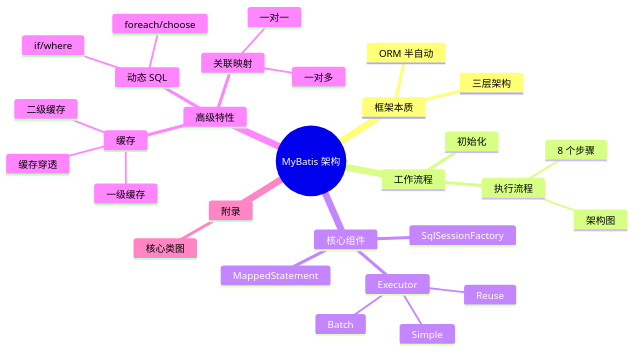
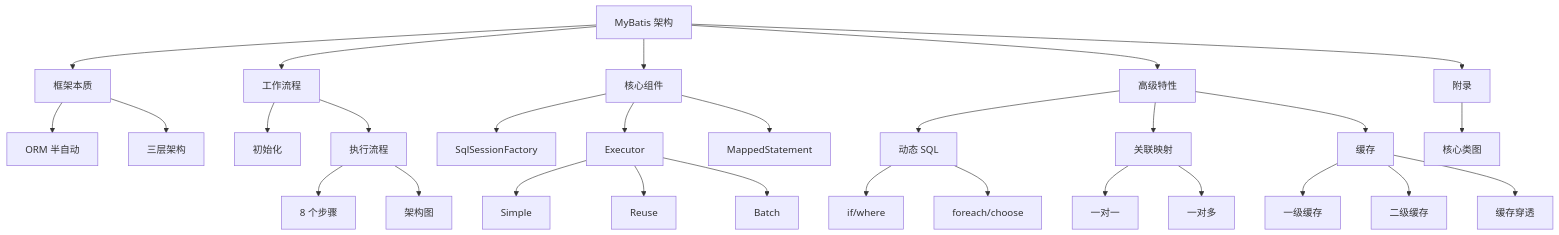
Before and after one commit to wb04307201/wb04307201: the diagram in note/04.spring-backend/04-data/mybatis/01-architecture/README.md, drawn with Mermaid. The commit also changed other lines of this file and 58 other files, not shown here.

````diff
--- a/note/04.spring-backend/04-data/mybatis/01-architecture/README.md
+++ b/note/04.spring-backend/04-data/mybatis/01-architecture/README.md
@@ -38,32 +38,36 @@
 ```mermaid
-mindmap
-  root((MyBatis 架构))
-    框架本质
-      ORM 半自动
-      三层架构
-    工作流程
-      初始化
-      执行流程
-        8 个步骤
-        架构图
-    核心组件
-      SqlSessionFactory
-      Executor
-        Simple
-        Reuse
-        Batch
-      MappedStatement
-    高级特性
-      动态 SQL
-        if/where
-        foreach/choose
-      关联映射
-        一对一
-        一对多
-      缓存
-        一级缓存
-        二级缓存
-        缓存穿透
-    附录
-      核心类图
+graph TD
+    A[MyBatis 架构] --> B[框架本质]
+    A --> C[工作流程]
+    A --> D[核心组件]
+    A --> E[高级特性]
+    A --> F[附录]
+    
+    B --> B1[ORM 半自动]
+    B --> B2[三层架构]
+    
+    C --> C1[初始化]
+    C --> C2[执行流程]
+    C2 --> C2a[8 个步骤]
+    C2 --> C2b[架构图]
+    
+    D --> D1[SqlSessionFactory]
+    D --> D2[Executor]
+    D2 --> D2a[Simple]
+    D2 --> D2b[Reuse]
+    D2 --> D2c[Batch]
+    D --> D3[MappedStatement]
+    
+    E --> E1[动态 SQL]
+    E1 --> E1a[if/where]
+    E1 --> E1b[foreach/choose]
+    E --> E2[关联映射]
+    E2 --> E2a[一对一]
+    E2 --> E2b[一对多]
+    E --> E3[缓存]
+    E3 --> E3a[一级缓存]
+    E3 --> E3b[二级缓存]
+    E3 --> E3c[缓存穿透]
+    
+    F --> F1[核心类图]
 ```
````
